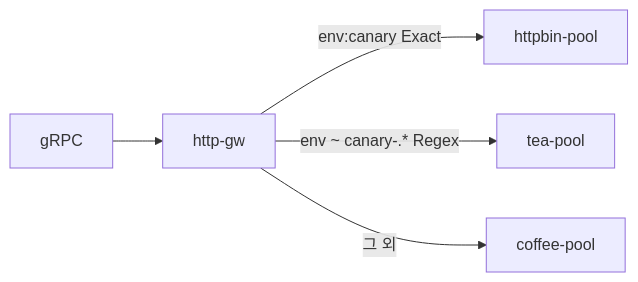
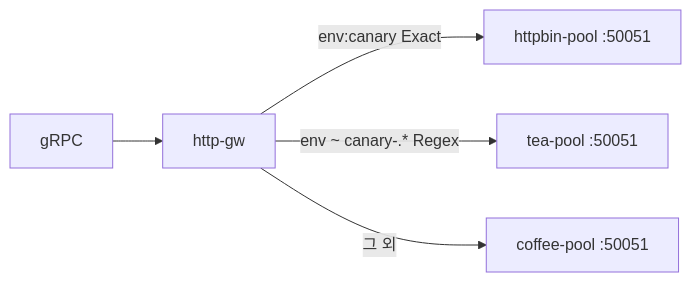
The diagram in Advanced_Feature/3.11_GRPCRoute_Header/README.md (mink0119/2609_f5bnk), drawn with Mermaid before and after one commit. The commit also changed other lines of this file and 80 other files, not shown here.

````diff
--- a/Advanced_Feature/3.11_GRPCRoute_Header/README.md
+++ b/Advanced_Feature/3.11_GRPCRoute_Header/README.md
@@ -5,7 +7,7 @@
 ```mermaid
 flowchart LR
   C[gRPC] --> GW[http-gw]
-  GW -->|env:canary Exact| P3[httpbin-pool]
-  GW -->|"env ~ canary-.* Regex"| P2[tea-pool]
-  GW -->|그 외| P1[coffee-pool]
+  GW -->|env:canary Exact| P3[httpbin-pool :50051]
+  GW -->|"env ~ canary-.* Regex"| P2[tea-pool :50051]
+  GW -->|그 외| P1[coffee-pool :50051]
 ```
````
